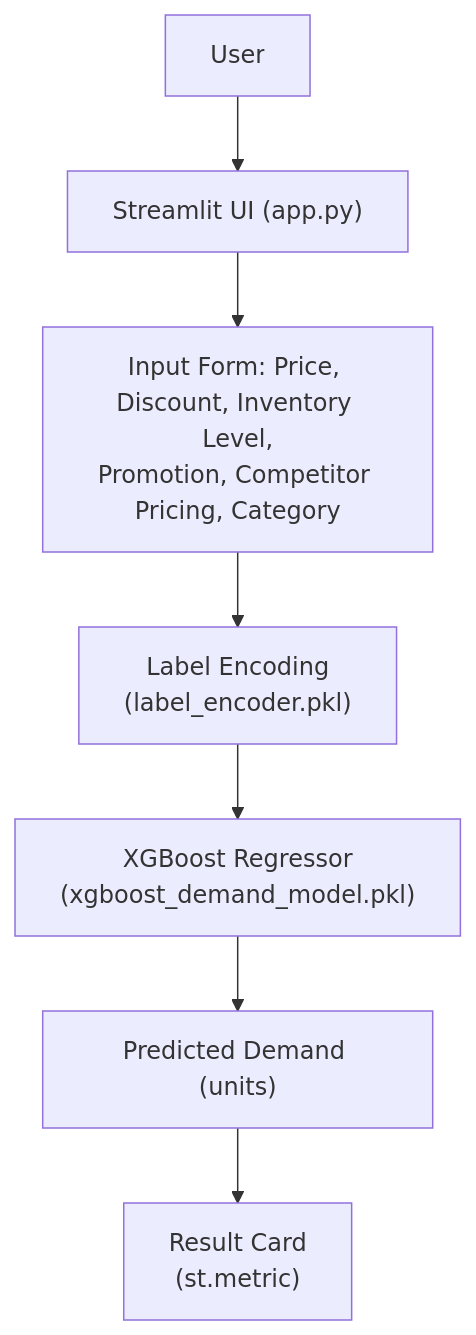
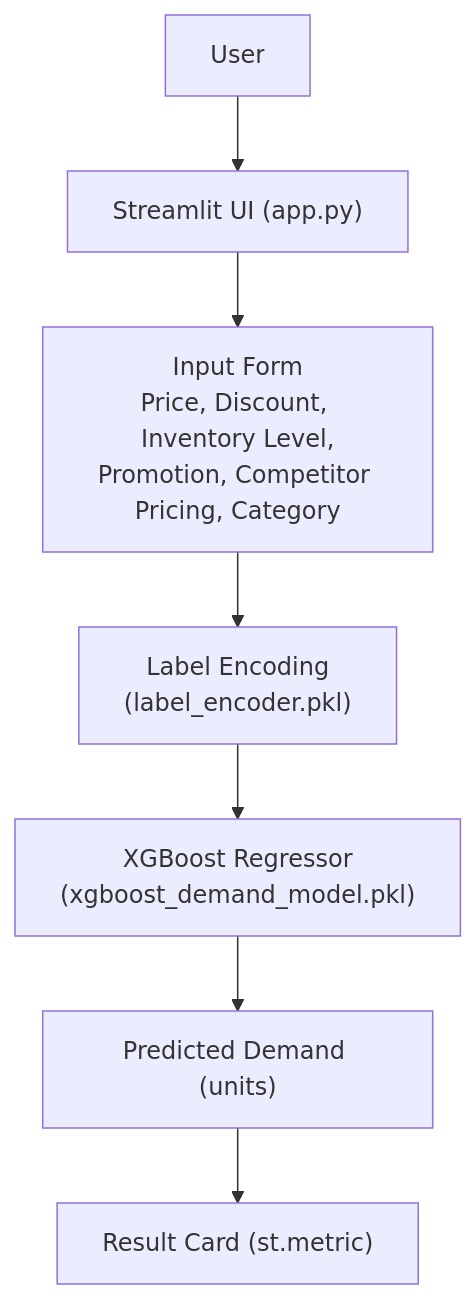
One commit to harshantla-cloud/DEMAND-FORECASTING-SYSTEM changed the first of 3 diagrams in README.md. Above: the diagram before and after it, drawn with Mermaid. The commit also changed other lines of this file, not shown here.

````diff
--- a/README.md
+++ b/README.md
@@ -61,9 +63,9 @@
 ```mermaid
 flowchart TD
     A[User] --> B["Streamlit UI (app.py)"]
-    B --> C["Input Form: Price, Discount, Inventory Level,<br/>Promotion, Competitor Pricing, Category"]
+    B --> C["Input Form<br/>Price, Discount, Inventory Level,<br/>Promotion, Competitor Pricing, Category"]
     C --> D["Label Encoding<br/>(label_encoder.pkl)"]
     D --> E["XGBoost Regressor<br/>(xgboost_demand_model.pkl)"]
     E --> F["Predicted Demand (units)"]
-    F --> G["Result Card<br/>(st.metric)"]
+    F --> G["Result Card (st.metric)"]
 ```
````
